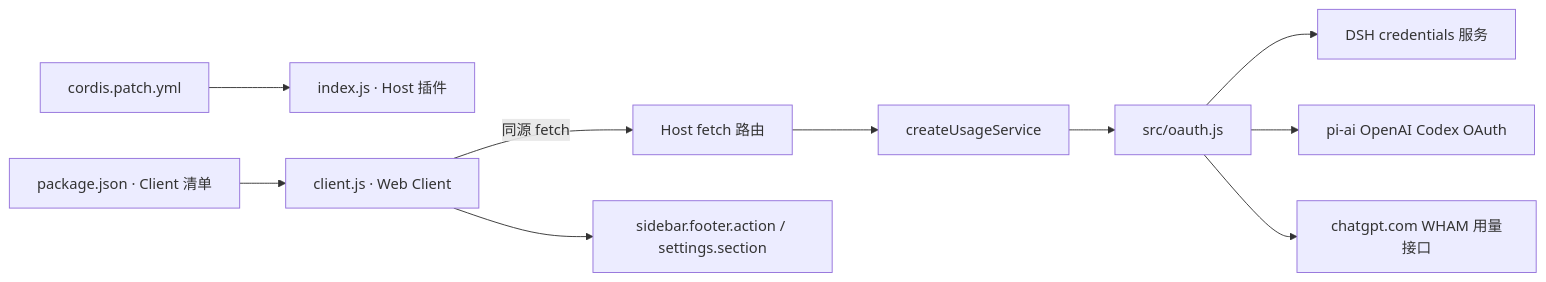
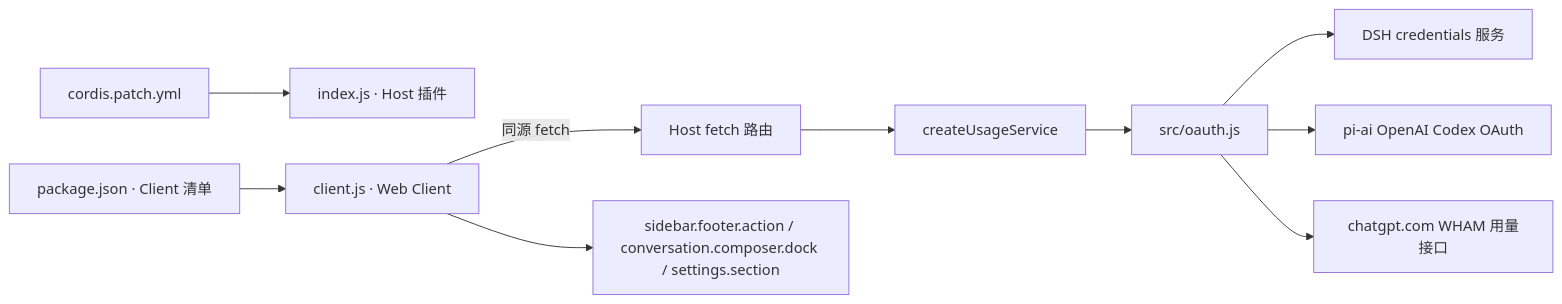
One commit to sodaa-l/dsh-codex-usage changed the diagram in docs/DEVELOPMENT.md. Above: the diagram before and after it, drawn with Mermaid. The commit also changed other lines of this file and 7 other files, not shown here.

Commit message:
feat: add Codex usage bars to composer footer

````diff
--- a/docs/DEVELOPMENT.md
+++ b/docs/DEVELOPMENT.md
@@ -16,12 +16,12 @@
 ```mermaid
 flowchart LR
   patch[cordis.patch.yml] --> host[index.js · Host 插件]
   manifest[package.json · Client 清单] --> client[client.js · Web Client]
   client -->|同源 fetch| routes[Host fetch 路由]
   routes --> usage[createUsageService]
   usage --> oauth[src/oauth.js]
   oauth --> creds[DSH credentials 服务]
   oauth --> provider[pi-ai OpenAI Codex OAuth]
   oauth --> wham[chatgpt.com WHAM 用量接口]
-  client --> slots[sidebar.footer.action / settings.section]
+  client --> slots[sidebar.footer.action / conversation.composer.dock / settings.section]
 ```
````
